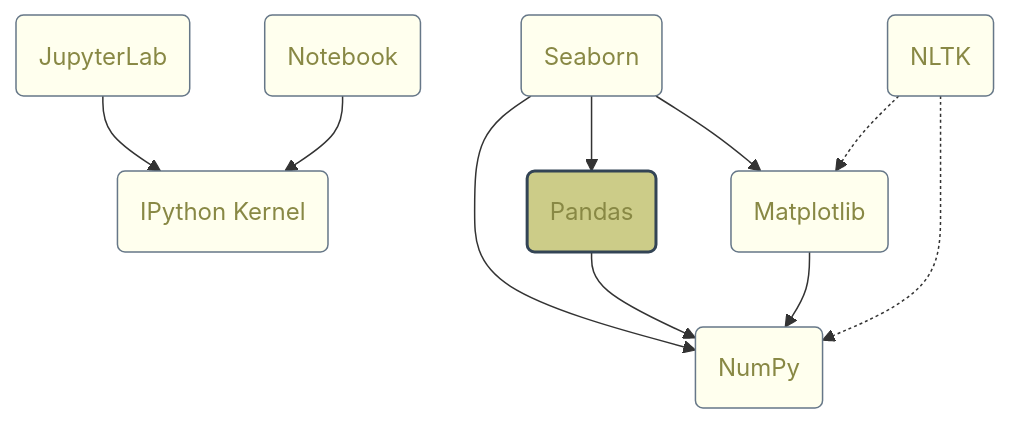
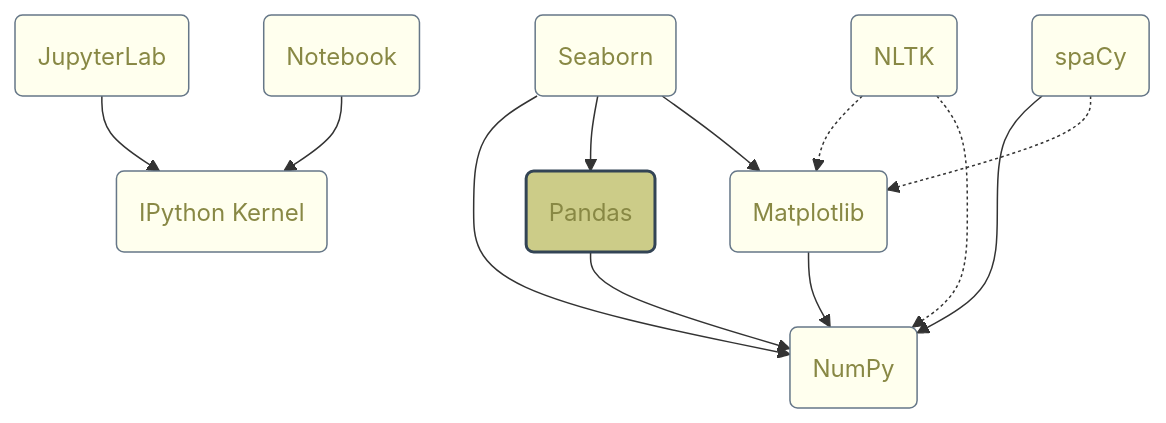
One commit to sfmunoz/nlp-playground changed the diagram in pandas/README.md. Above: the diagram before and after it, drawn with Mermaid. The commit also changed 6 other files, not shown here.

Commit message:
all README.md: spacy added to Mermaid dep graphs

````diff
--- a/pandas/README.md
+++ b/pandas/README.md
@@ -7,25 +7,28 @@
 ```mermaid
 graph TD
     jupyterlab(JupyterLab)
     notebook(Notebook)
     ipykernel(IPython Kernel)
     numpy(NumPy)
     matplotlib(Matplotlib)
     pandas(Pandas)
     seaborn(Seaborn)
     nltk(NLTK)
+    spacy(spaCy)
 
     jupyterlab --> ipykernel
     notebook --> ipykernel
     matplotlib --> numpy
     pandas --> numpy
     seaborn --> numpy
     seaborn --> pandas
     seaborn --> matplotlib
     nltk -.-> matplotlib
     nltk -.-> numpy
+    spacy --> numpy
+    spacy -.-> matplotlib
 
     classDef default fill:#ffe,stroke:#678,stroke-width:1px,color:#884;
     classDef highlight fill:#cc8,stroke:#345,stroke-width:2px
     class pandas highlight
 ```
````
